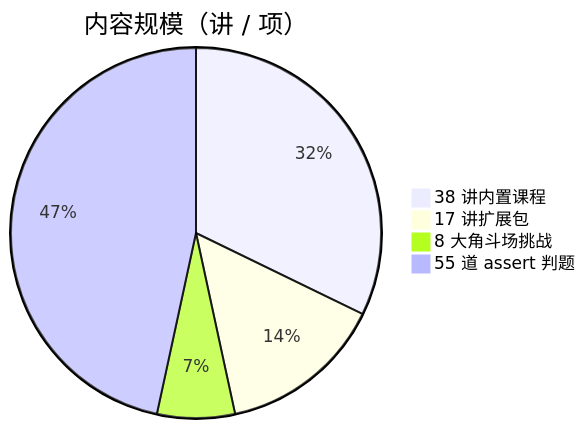
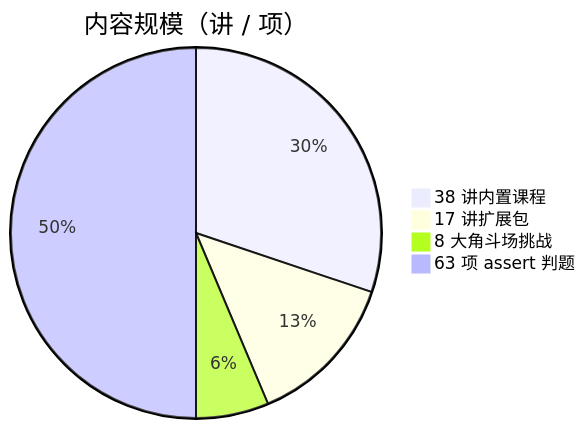
Before and after one commit to Morningstar202604/mashang: the third of 4 diagrams in README.zh-CN.md, drawn with Mermaid. The commit also changed other lines of this file and 152 other files, not shown here.

````diff
--- a/README.zh-CN.md
+++ b/README.zh-CN.md
@@ -91,7 +91,7 @@
 ```mermaid
 pie title 内容规模（讲 / 项）
     "38 讲内置课程" : 38
     "17 讲扩展包" : 17
     "8 大角斗场挑战" : 8
-    "55 道 assert 判题" : 55
+    "63 项 assert 判题" : 63
 ```
````
